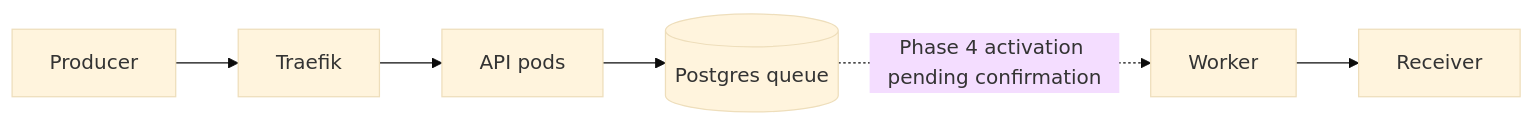
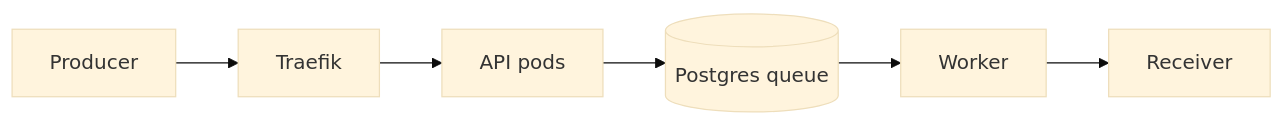
One commit to devinder-dev/relay changed the first of 2 diagrams in README.md. Above: the diagram before and after it, drawn with Mermaid (base theme). The commit also changed other lines of this file and 1 other file, not shown here.

Commit message:
docs: Phase 4 is live, with the activation checks and live deliveries

````diff
--- a/README.md
+++ b/README.md
@@ -26,8 +27,8 @@
 ```mermaid
 flowchart LR
     P[Producer] --> T[Traefik]
     T --> A[API pods]
     A --> Q[(Postgres queue)]
-    Q -. Phase 4 activation pending confirmation .-> W[Worker]
+    Q --> W[Worker]
     W --> R[Receiver]
 ```
````
